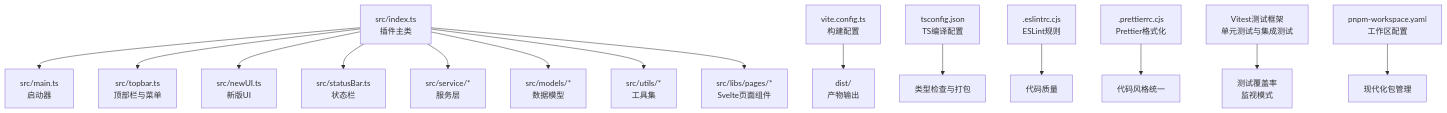
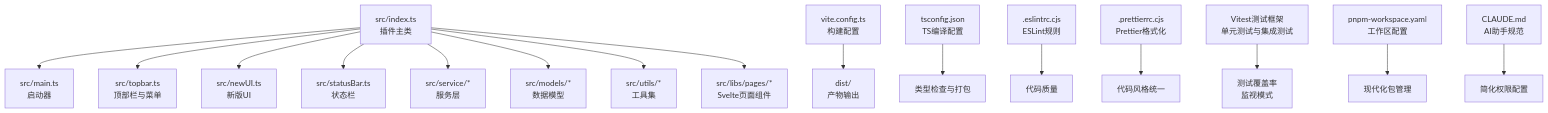
The first of 5 diagrams in .qoder/repowiki/zh/content/开发指南/开发指南.md (terwerinc/siyuan-plugin-share-pro), drawn with Mermaid before and after one commit. The commit also changed other lines of this file and 6 other files, not shown here.

````diff
--- a/.qoder/repowiki/zh/content/开发指南/开发指南.md
+++ b/.qoder/repowiki/zh/content/开发指南/开发指南.md
@@ -54,17 +57,18 @@
 ```mermaid
 graph TB
 A["src/index.ts<br/>插件主类"] --> B["src/main.ts<br/>启动器"]
 A --> C["src/topbar.ts<br/>顶部栏与菜单"]
 A --> D["src/newUI.ts<br/>新版UI"]
 A --> E["src/statusBar.ts<br/>状态栏"]
 A --> F["src/service/*<br/>服务层"]
 A --> G["src/models/*<br/>数据模型"]
 A --> H["src/utils/*<br/>工具集"]
 A --> I["src/libs/pages/*<br/>Svelte页面组件"]
 J["vite.config.ts<br/>构建配置"] --> K["dist/<br/>产物输出"]
 L["tsconfig.json<br/>TS编译配置"] --> M["类型检查与打包"]
 N[".eslintrc.cjs<br/>ESLint规则"] --> O["代码质量"]
 P[".prettierrc.cjs<br/>Prettier格式化"] --> Q["代码风格统一"]
 R["Vitest测试框架<br/>单元测试与集成测试"] --> S["测试覆盖率<br/>监视模式"]
 W["pnpm-workspace.yaml<br/>工作区配置"] --> X["现代化包管理"]
+Y["CLAUDE.md<br/>AI助手规范"] --> Z["简化权限配置"]
 ```
````
